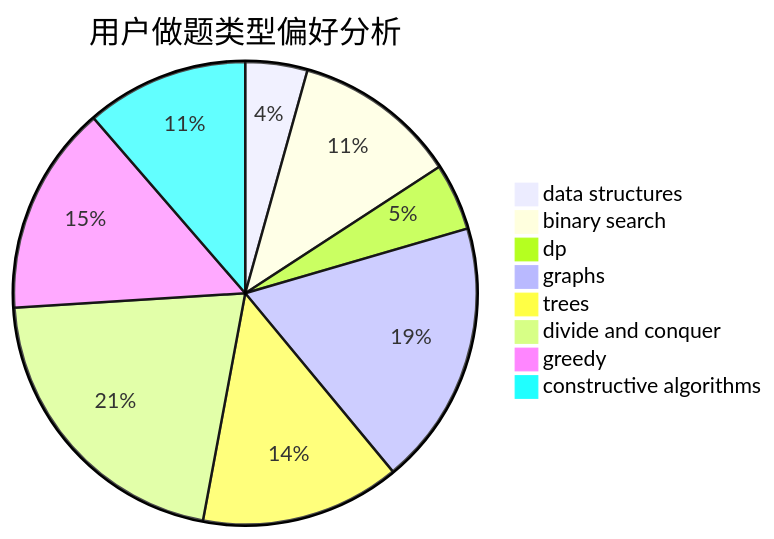
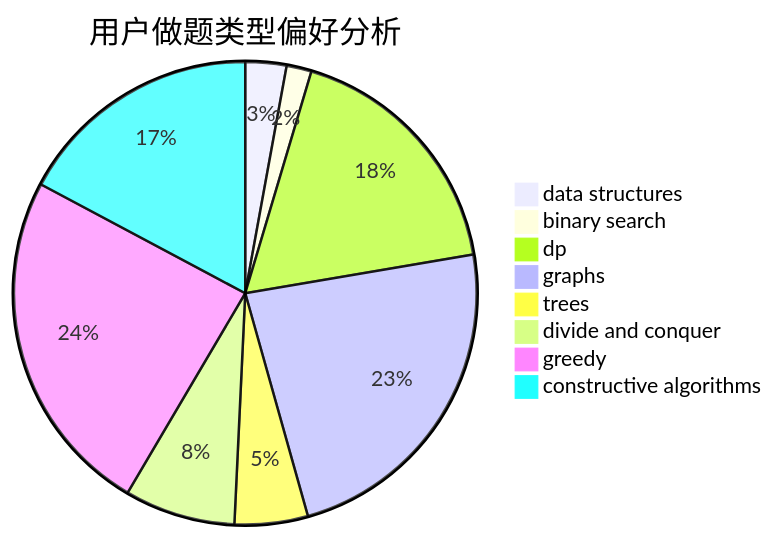
The second of 3 diagrams in docs/user/u299.md (sherpahu/cfrs.github.io), drawn with Mermaid before and after one commit. The commit also changed other lines of this file and 2770 other files, not shown here.

````diff
--- a/docs/user/u299.md
+++ b/docs/user/u299.md
@@ -23,11 +23,11 @@
 ```mermaid
 pie title 用户做题类型偏好分析
-    "data structures" :  37
-    "binary search" :  98
-    "dp" :  40
-    "graphs" :  158
-    "trees" :  119
-    "divide and conquer" :  180
-    "greedy" :  125
-    "constructive algorithms" :  97
+    "data structures" :  23
+    "binary search" :  14
+    "dp" :  142
+    "graphs" :  187
+    "trees" :  41
+    "divide and conquer" :  62
+    "greedy" :  195
+    "constructive algorithms" :  138
 ```
````
